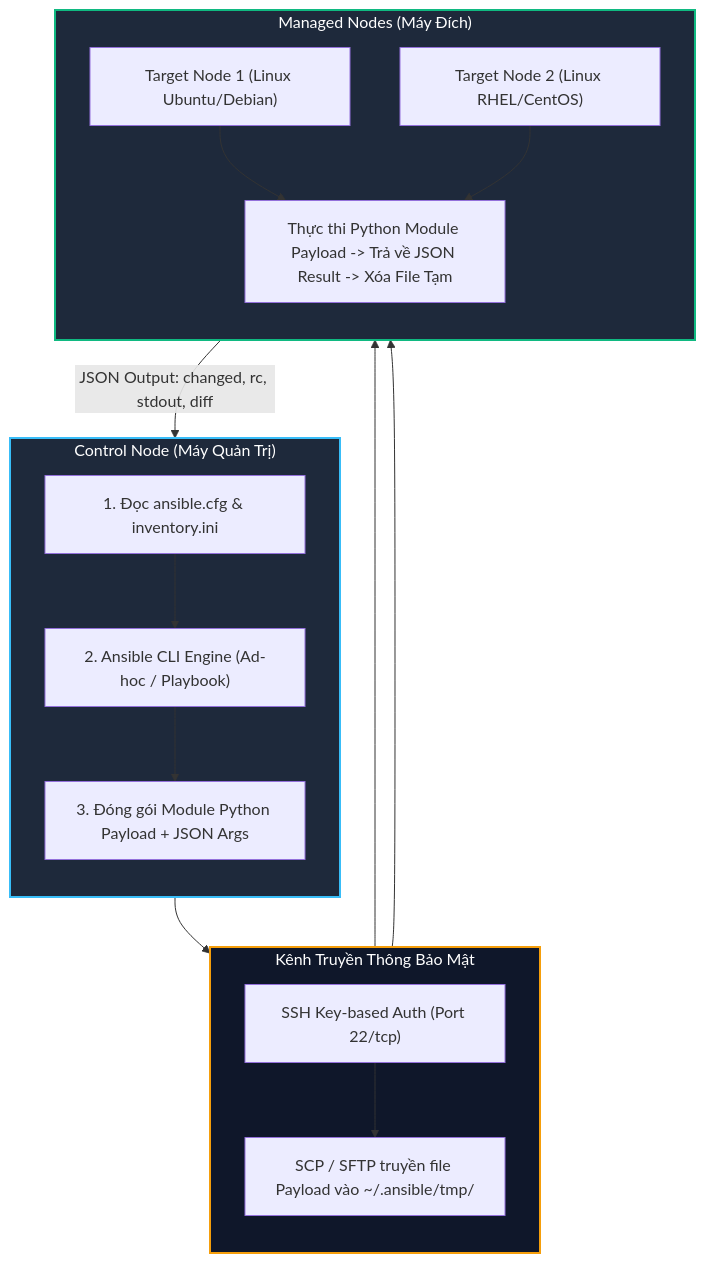
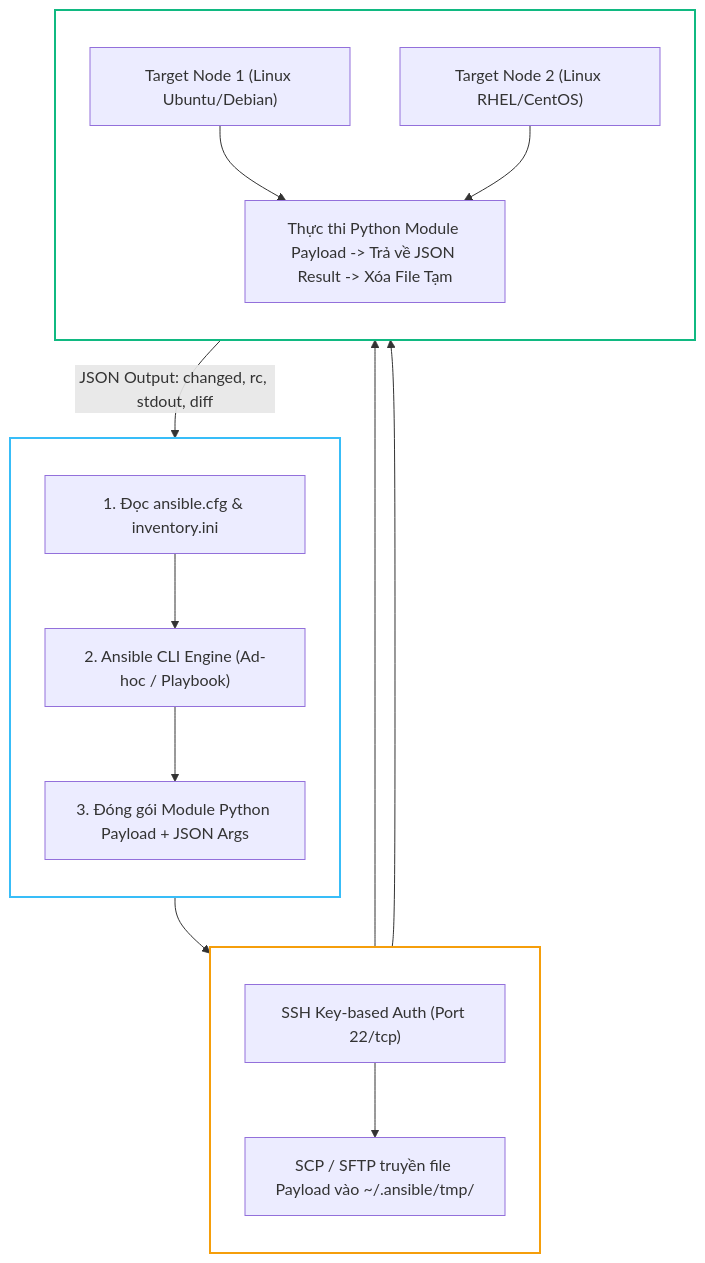
One commit to kiennt308/ntk changed the first of 3 diagrams in _posts/2026-09-13-ansible-02-02-cai-dat-kien-truc-ad-hoc.md. Above: the diagram before and after it, drawn with Mermaid. The commit also changed other lines of this file and 161 other files, not shown here.

````diff
--- a/_posts/2026-09-13-ansible-02-02-cai-dat-kien-truc-ad-hoc.md
+++ b/_posts/2026-09-13-ansible-02-02-cai-dat-kien-truc-ad-hoc.md
@@ -38,32 +38,32 @@
 ```mermaid
 flowchart TD
     subgraph ControlNode["Control Node (Máy Quản Trị)"]
         direction TB
         CFG["1. Đọc ansible.cfg & inventory.ini"]
         CLI["2. Ansible CLI Engine (Ad-hoc / Playbook)"]
         MOD["3. Đóng gói Module Python Payload + JSON Args"]
     end
 
     subgraph SSHConn["Kênh Truyền Thông Bảo Mật"]
         direction TB
         SSH1["SSH Key-based Auth (Port 22/tcp)"]
         SCP["SCP / SFTP truyền file Payload vào ~/.ansible/tmp/"]
     end
 
     subgraph ManagedNodes["Managed Nodes (Máy Đích)"]
         direction TB
         T1["Target Node 1 (Linux Ubuntu/Debian)"]
         T2["Target Node 2 (Linux RHEL/CentOS)"]
         EXEC["Thực thi Python Module Payload -> Trả về JSON Result -> Xóa File Tạm"]
     end
 
     CFG --> CLI --> MOD
     MOD --> SSH1 --> SCP
     SCP --> T1 & T2
     T1 & T2 --> EXEC
     EXEC -->|"JSON Output: changed, rc, stdout, diff"| CLI
 
-    style ControlNode fill:#1e293b,stroke:#38bdf8,stroke-width:2px,color:#fff
-    style SSHConn fill:#0f172a,stroke:#f59e0b,stroke-width:2px,color:#fff
-    style ManagedNodes fill:#1e293b,stroke:#10b981,stroke-width:2px,color:#fff
+    style ControlNode fill:none,stroke:#38bdf8,stroke-width:2px,color:#fff
+    style SSHConn fill:none,stroke:#f59e0b,stroke-width:2px,color:#fff
+    style ManagedNodes fill:none,stroke:#10b981,stroke-width:2px,color:#fff
 ```
````
